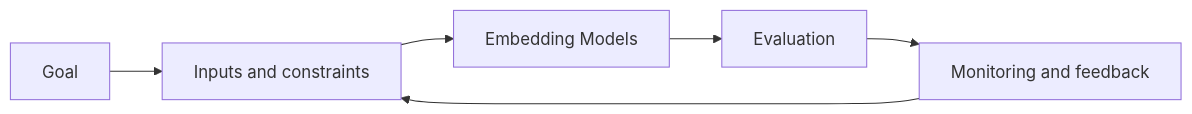
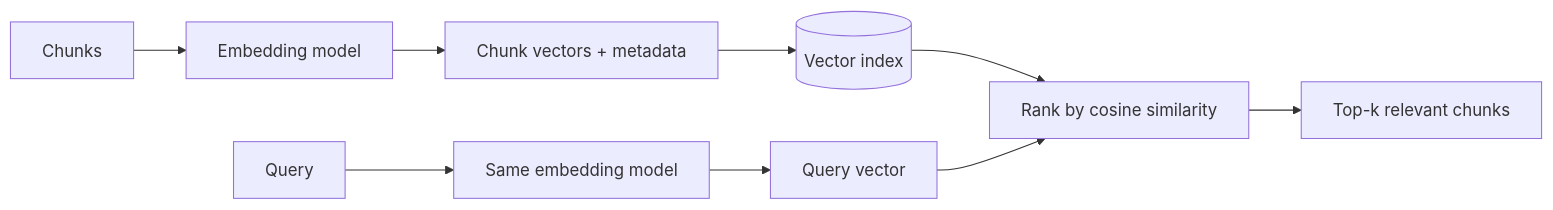
Before and after one commit to Icon1cc/Machine-Learning: the diagram in rag/05-embedding-models.md, drawn with Mermaid. The commit also changed other lines of this file and 118 other files, not shown here.

````diff
--- a/rag/05-embedding-models.md
+++ b/rag/05-embedding-models.md
@@ -93,8 +72,11 @@
 ```mermaid
 flowchart LR
-    A[Goal] --> B[Inputs and constraints]
-    B --> C[Embedding Models]
-    C --> D[Evaluation]
-    D --> E[Monitoring and feedback]
-    E --> B
+    A[Chunks] --> B[Embedding model]
+    B --> C[Chunk vectors + metadata]
+    C --> D[(Vector index)]
+    E[Query] --> F[Same embedding model]
+    F --> G[Query vector]
+    D --> H[Rank by cosine similarity]
+    G --> H
+    H --> I[Top-k relevant chunks]
 ```
````
